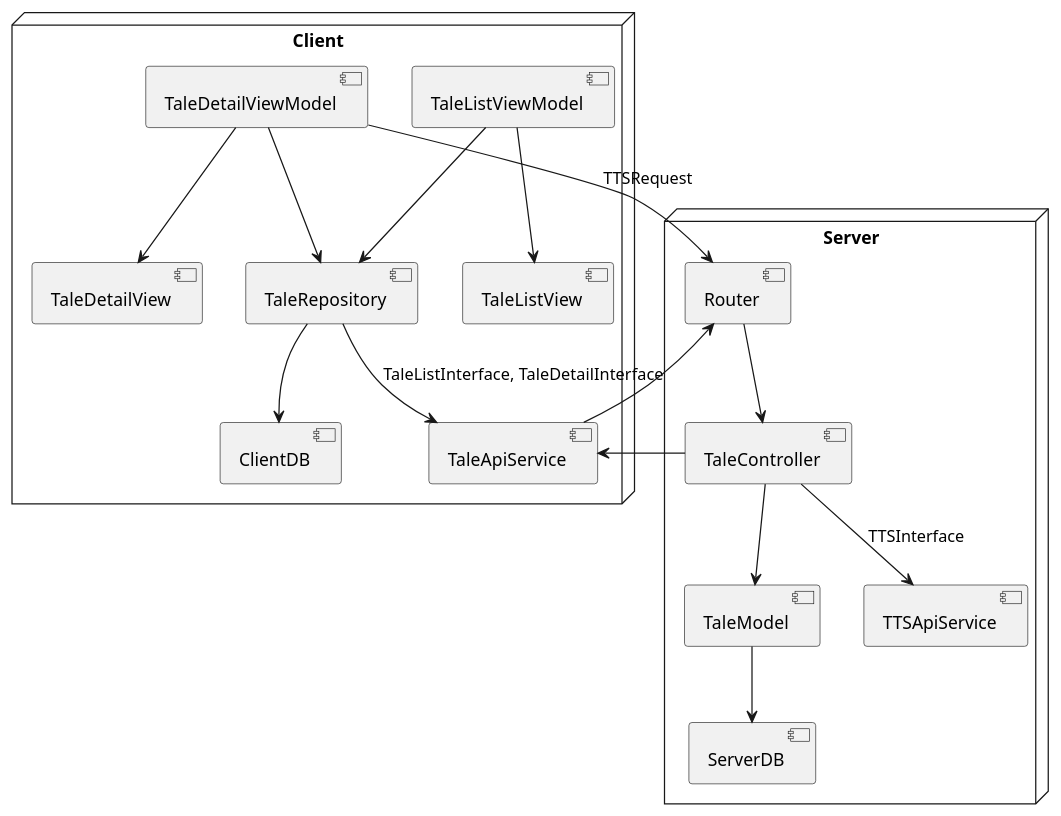
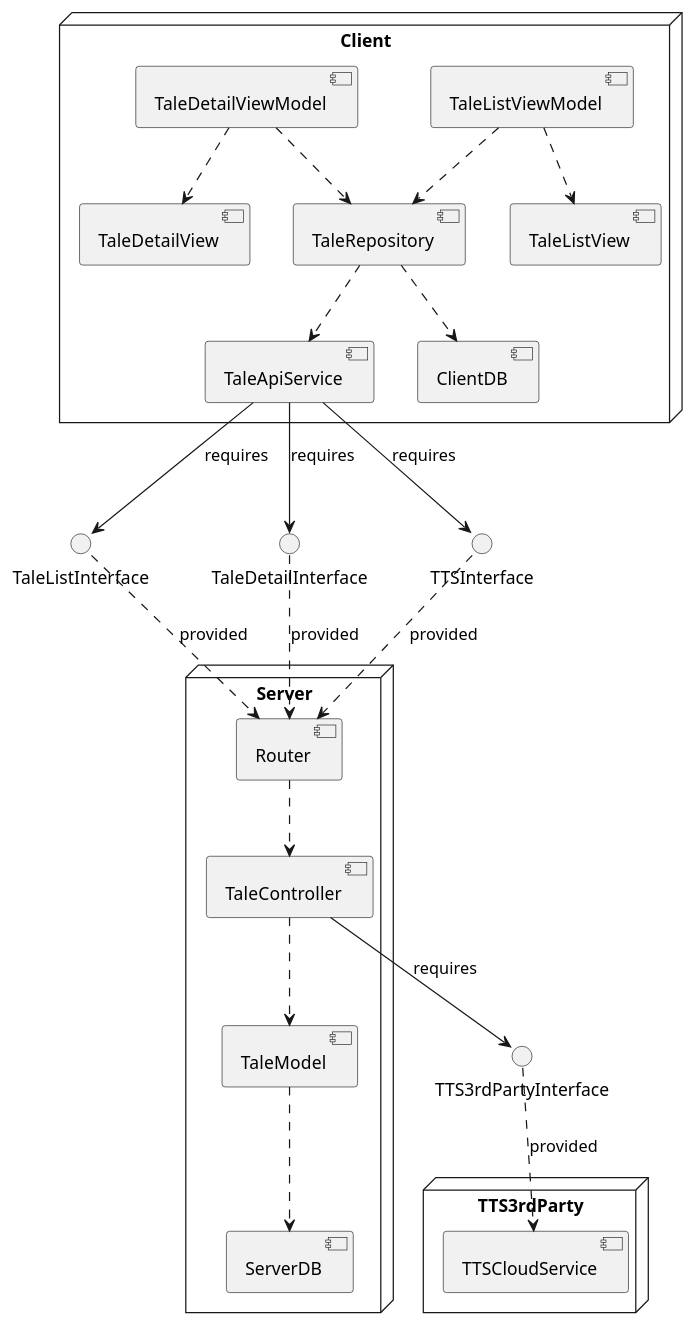
One commit to judy-juyeon-park/KTP522 changed the diagram in Alternative_architecture.wsd. Above: the diagram before and after it, drawn with PlantUML.

Commit message:
update logical view at alter archi

```diff
--- a/Alternative_architecture.wsd
+++ b/Alternative_architecture.wsd
@@ -1,44 +1,58 @@
 @startuml lv2_component
 
 node Client {
 
     component TaleRepository
     component TaleApiService
     component TaleListViewModel
     component TaleDetailViewModel
 
     component TaleListView
     component TaleDetailView
 
     component ClientDB
 }
 
 node Server {
 
     component Router
     component TaleController
     component TaleModel
     component ServerDB
-    component TTSApiService
 }
 
-Router --> TaleController
-TaleController --> TaleModel
-TaleModel --> ServerDB
-TaleController --> TTSApiService : TTSInterface
+node TTS3rdParty {
+    component TTSCloudService
+}
 
-TaleRepository --> ClientDB
-TaleRepository --> TaleApiService : TaleListInterface, TaleDetailInterface
+interface TaleListInterface
+interface TaleDetailInterface
+interface TTSInterface
+interface TTS3rdPartyInterface
 
-TaleListViewModel --> TaleRepository
-TaleDetailViewModel --> TaleRepository
+Router ..> TaleController
+TaleController ..> TaleModel
+TaleModel ..> ServerDB
 
-TaleListViewModel --> TaleListView
-TaleDetailViewModel --> TaleDetailView
 
-TaleApiService --> Router
-TaleController --> TaleApiService
+TaleRepository ..> ClientDB
+TaleRepository ..> TaleApiService
 
-TaleDetailViewModel --> Router : TTSRequest
+TaleListViewModel ..> TaleRepository
+TaleDetailViewModel ..> TaleRepository
+
+TaleListViewModel ..> TaleListView
+TaleDetailViewModel ..> TaleDetailView
+
+
+TTSInterface ..> Router : provided
+TaleListInterface ..> Router : provided
+TaleDetailInterface ..> Router : provided
+TaleApiService --> TaleListInterface : requires
+TaleApiService --> TaleDetailInterface : requires
+TaleApiService --> TTSInterface :requires
+
+TaleController --> TTS3rdPartyInterface : requires
+TTS3rdPartyInterface ..> TTSCloudService : provided
 
 @enduml
```
